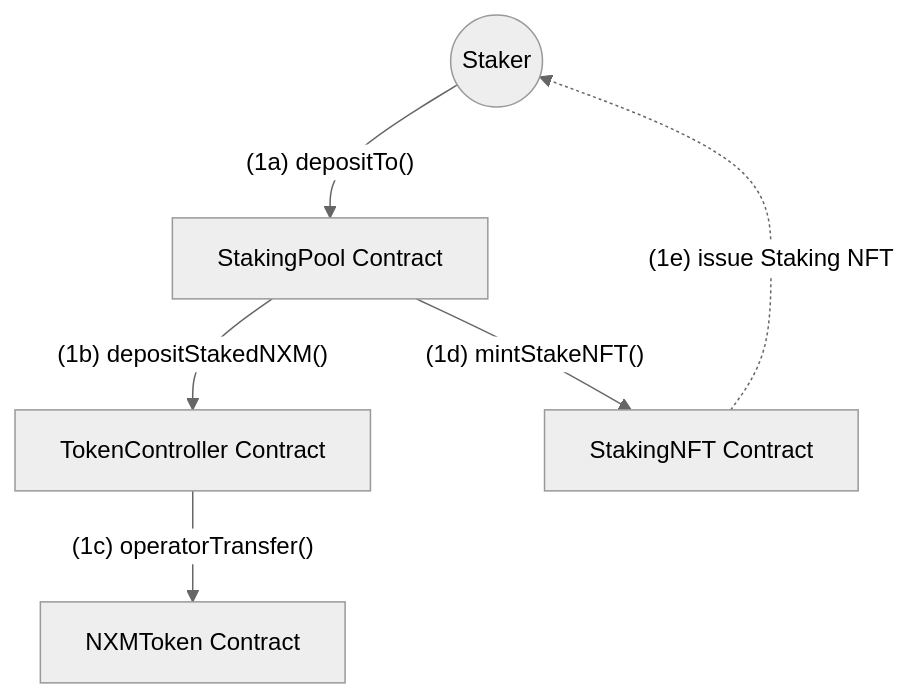
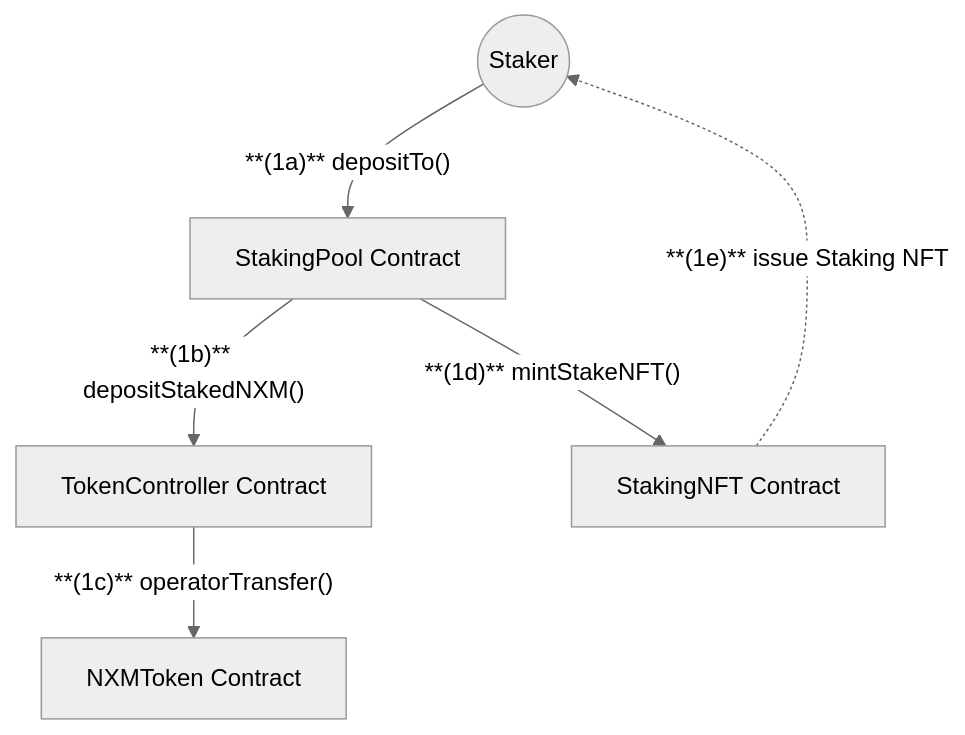
Before and after one commit to NexusMutual/smart-contracts: the first of 2 diagrams in docs/diagrams/user-flows/staker.md, drawn with Mermaid (neutral theme). The commit also changed other lines of this file and 9 other files, not shown here.

Commit message:
docs: update diagrams docs

````diff
--- a/docs/diagrams/user-flows/staker.md
+++ b/docs/diagrams/user-flows/staker.md
@@ -5,18 +5,18 @@
 ```mermaid
 graph TD
     %% Users
     Staker(("Staker"))
 
     %% Contracts
     SP["StakingPool Contract"]
     TCO["TokenController Contract"]
     NXM["NXMToken Contract"]
     SNFT["StakingNFT Contract"]
 
     %% Deposit Flow
-    Staker -->|"(1a) depositTo()"| SP
-    SP -->|"(1b) depositStakedNXM()"| TCO
-    TCO -->|"(1c) operatorTransfer()"| NXM
-    SP -->|"(1d) mintStakeNFT()"| SNFT
-    SNFT -.->|"(1e) issue Staking NFT"| Staker
+    Staker -->|"**(1a)** depositTo()"| SP
+    SP -->|"**(1b)** depositStakedNXM()"| TCO
+    TCO -->|"**(1c)** operatorTransfer()"| NXM
+    SP -->|"**(1d)** mintStakeNFT()"| SNFT
+    SNFT -.->|"**(1e)** issue Staking NFT"| Staker
 ```
````
